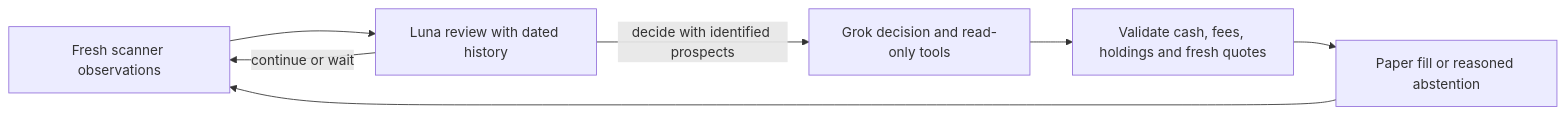
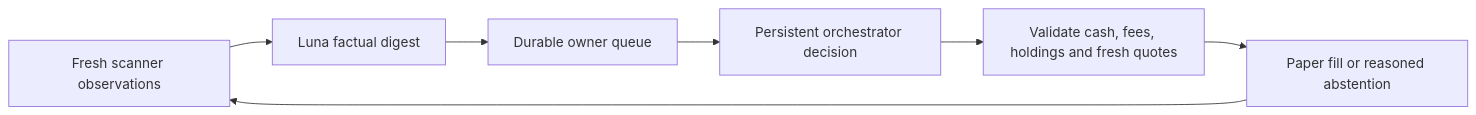
The diagram in docs/PAPER_REPLAY.md (TharunChougoni/nivra), drawn with Mermaid before and after one commit. The commit also changed other lines of this file and 21 other files, not shown here.

First line of the commit message:
Finish owner-only cleanup for v0.10.0

````diff
--- a/docs/PAPER_REPLAY.md
+++ b/docs/PAPER_REPLAY.md
@@ -14,9 +8,9 @@
 ```mermaid
 flowchart LR
-  S[Fresh scanner observations] --> L[Luna review with dated history]
-  L -->|continue or wait| S
-  L -->|decide with identified prospects| G[Grok decision and read-only tools]
-  G --> E[Validate cash, fees, holdings and fresh quotes]
+  S[Fresh scanner observations] --> L[Luna factual digest]
+  L --> Q[Durable owner queue]
+  Q --> O[Persistent orchestrator decision]
+  O --> E[Validate cash, fees, holdings and fresh quotes]
   E --> P[Paper fill or reasoned abstention]
   P --> S
 ```
````
